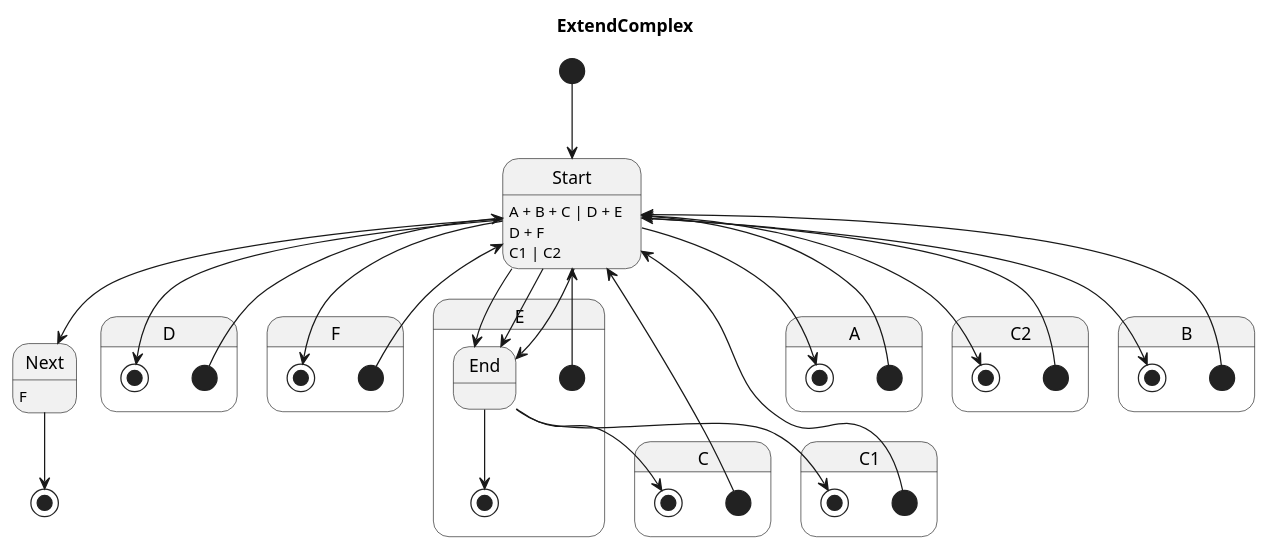
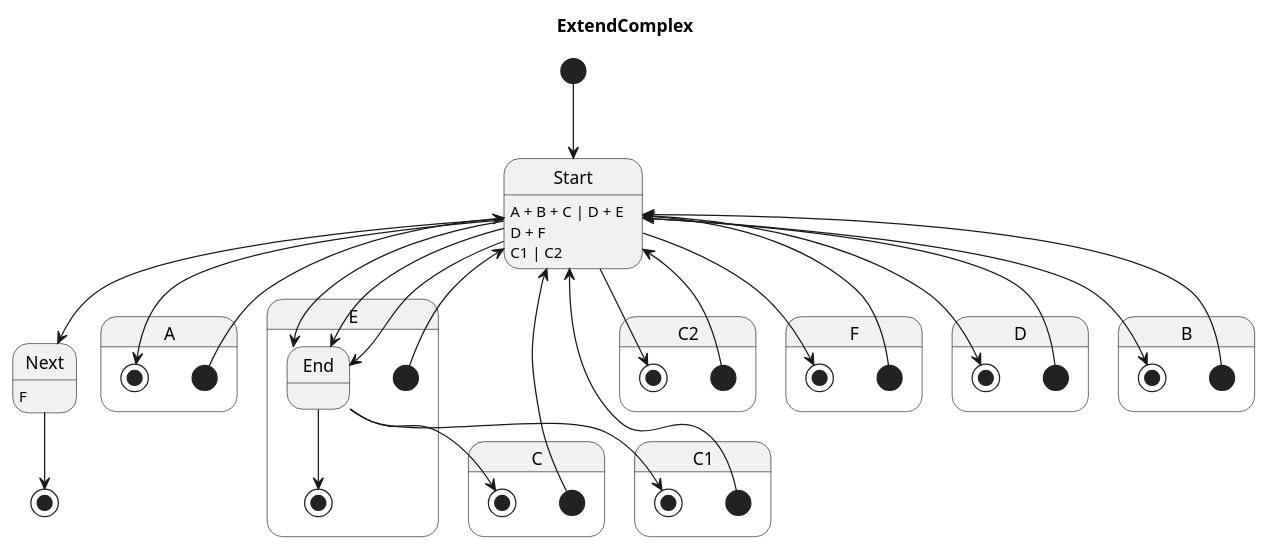
One commit to Pastor/Takt changed the diagram in examples/generated/plantuml/extend_complex.puml. Above: the diagram before and after it, drawn with PlantUML. The commit also changed other lines of this file and 16 other files, not shown here.

```diff
--- a/examples/generated/plantuml/extend_complex.puml
+++ b/examples/generated/plantuml/extend_complex.puml
@@ -1,55 +1,55 @@
 @startuml
 title ExtendComplex
 
 [*] --> Start
+Next : F
+Next --> [*]
 Start : A + B + C | D + E
 Start --> Next
-Next : F
-Next --> [*]
 
-state D {
-    [*] --> Start
-    Start --> [*]
-}
-
-state F {
+state A {
     [*] --> Start
     Start --> [*]
 }
 
 state E {
     [*] --> Start
     End --> [*]
     Start : D + F
     Start --> End
 }
 
-state A {
+state C2 {
     [*] --> Start
     Start --> [*]
 }
 
-state C2 {
+state F {
     [*] --> Start
     Start --> [*]
 }
 
 state C {
     [*] --> Start
-    End --> [*]
     Start : C1 | C2
     Start --> End
+    End --> [*]
+}
+
+state D {
+    [*] --> Start
+    Start --> [*]
 }
 
 state C1 {
     [*] --> Start
+    End --> [*]
     Start --> End
-    End --> [*]
 }
 
 state B {
     [*] --> Start
     Start --> [*]
 }
 
 @enduml
```
